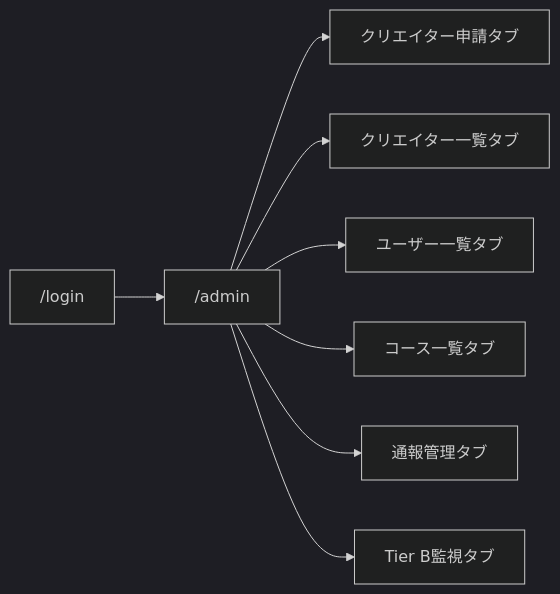
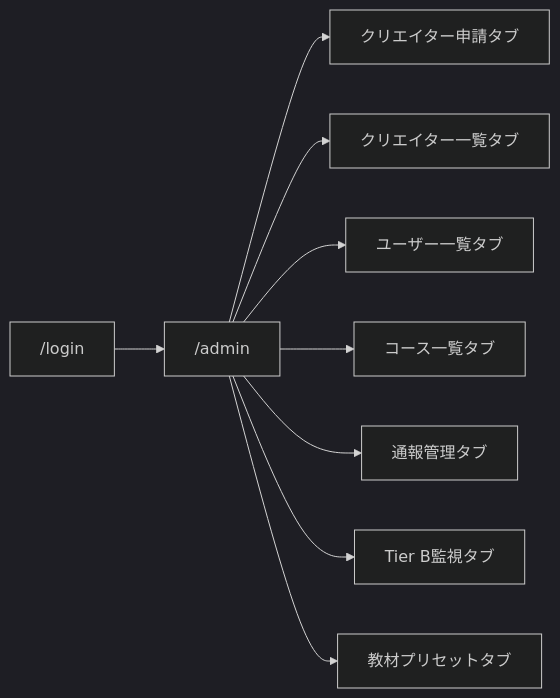
Diagram 17 of 18 in docs/設計書/ManaVillage_サービスフロー整理.md (Kazy1230/OshiEnglish), drawn with Mermaid (dark theme) before and after one commit. The commit also changed other lines of this file and 22 other files, not shown here.

````diff
--- a/docs/設計書/ManaVillage_サービスフロー整理.md
+++ b/docs/設計書/ManaVillage_サービスフロー整理.md
@@ -477,10 +481,11 @@
 ```mermaid
 flowchart LR
   A["/login"] --> B["/admin"]
   B --> C["クリエイター申請タブ"]
   B --> D["クリエイター一覧タブ"]
   B --> E["ユーザー一覧タブ"]
   B --> F["コース一覧タブ"]
   B --> G["通報管理タブ"]
   B --> H["Tier B監視タブ"]
+  B --> I["教材プリセットタブ"]
 ```
````
